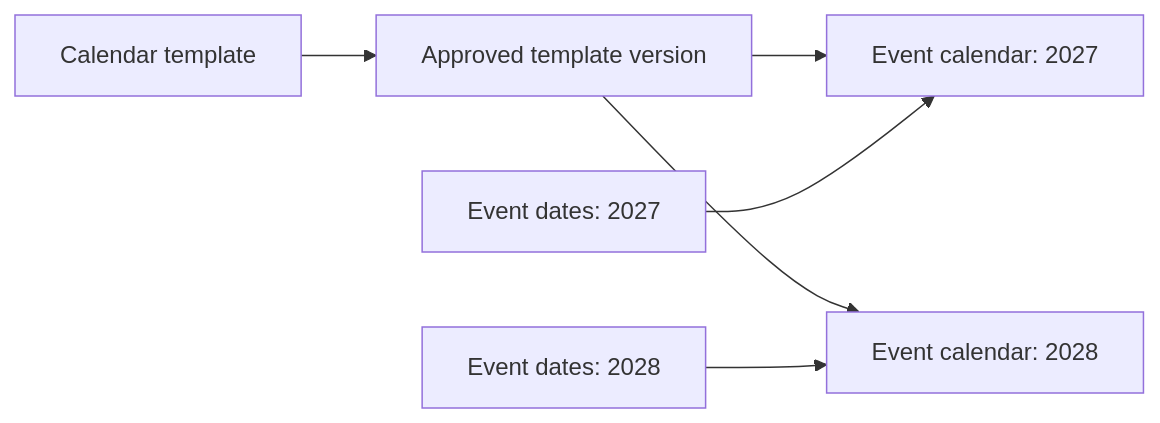
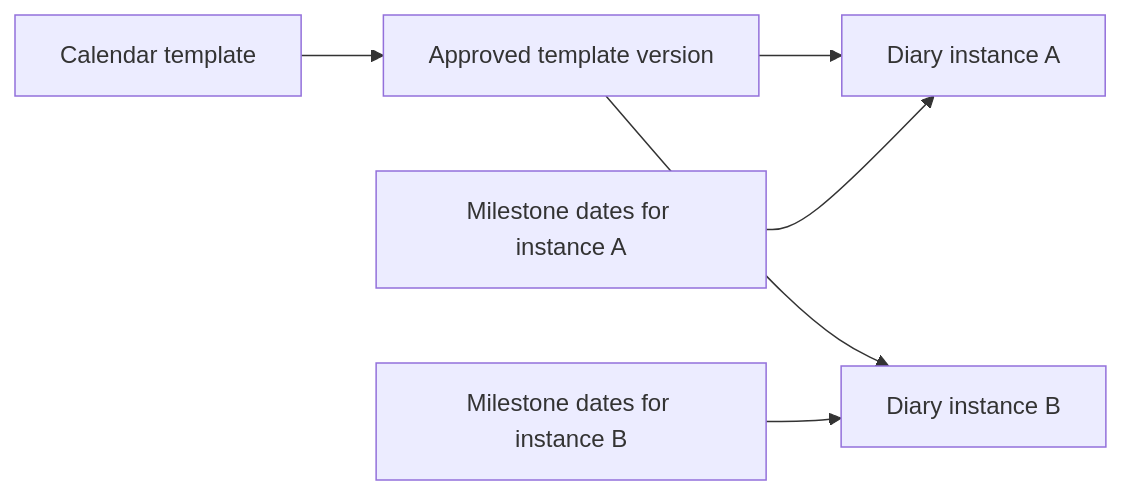
The fourth of 13 diagrams in docs/design/event-calendar.md (TonyFlury/GarageSale), drawn with Mermaid before and after one commit. The commit also changed other lines of this file, not shown here.

Commit message:
docs: use generic Diary diagram inputs and clarify caller identity

````diff
--- a/docs/design/event-calendar.md
+++ b/docs/design/event-calendar.md
@@ -252,8 +258,8 @@
 ```mermaid
 flowchart LR
     A[Calendar template] --> B[Approved template version]
-    B --> C[Event calendar: 2027]
-    B --> D[Event calendar: 2028]
-    E[Event dates: 2027] --> C
-    F[Event dates: 2028] --> D
+    B --> C[Diary instance A]
+    B --> D[Diary instance B]
+    E[Milestone dates for instance A] --> C
+    F[Milestone dates for instance B] --> D
 ```
````
